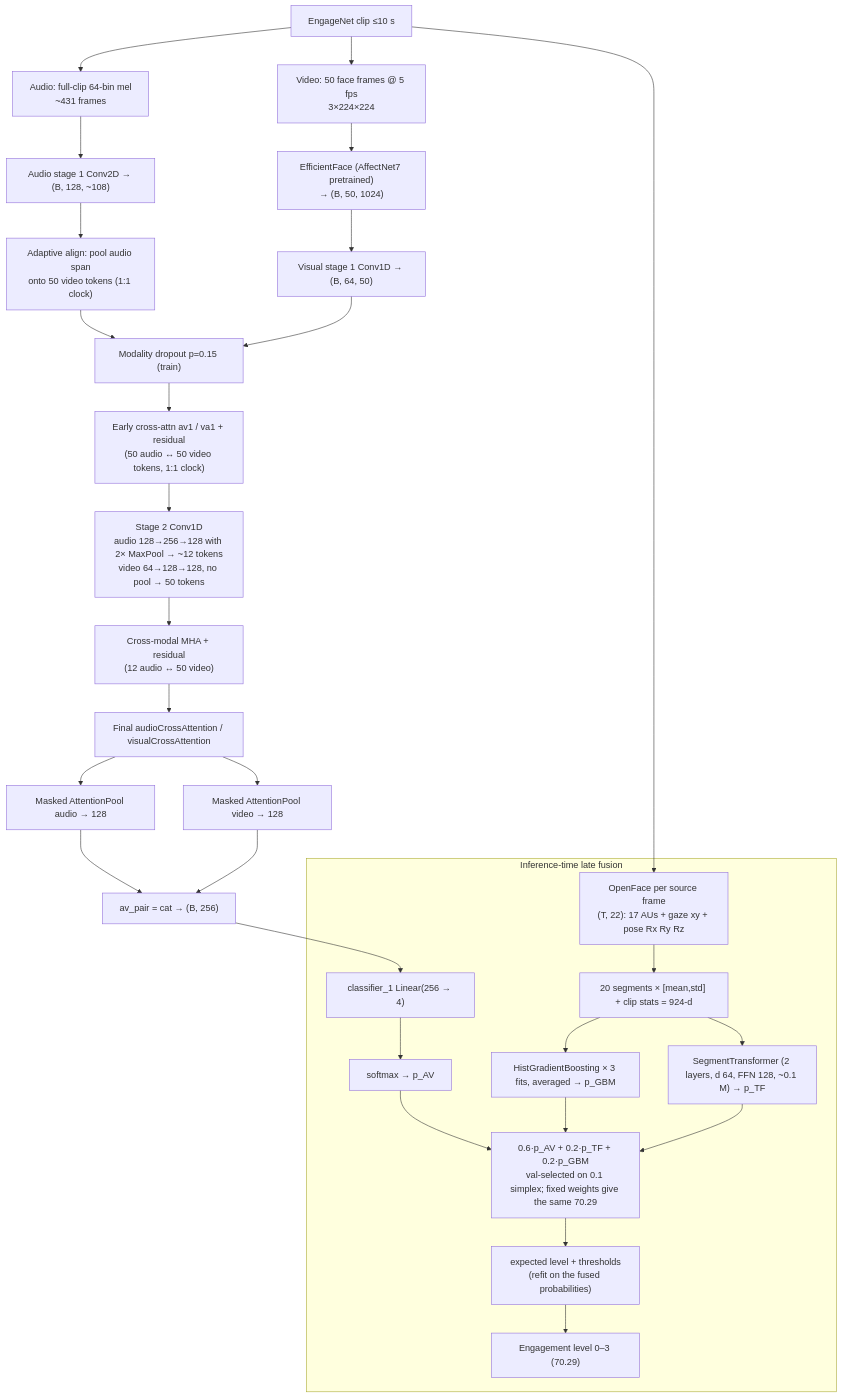
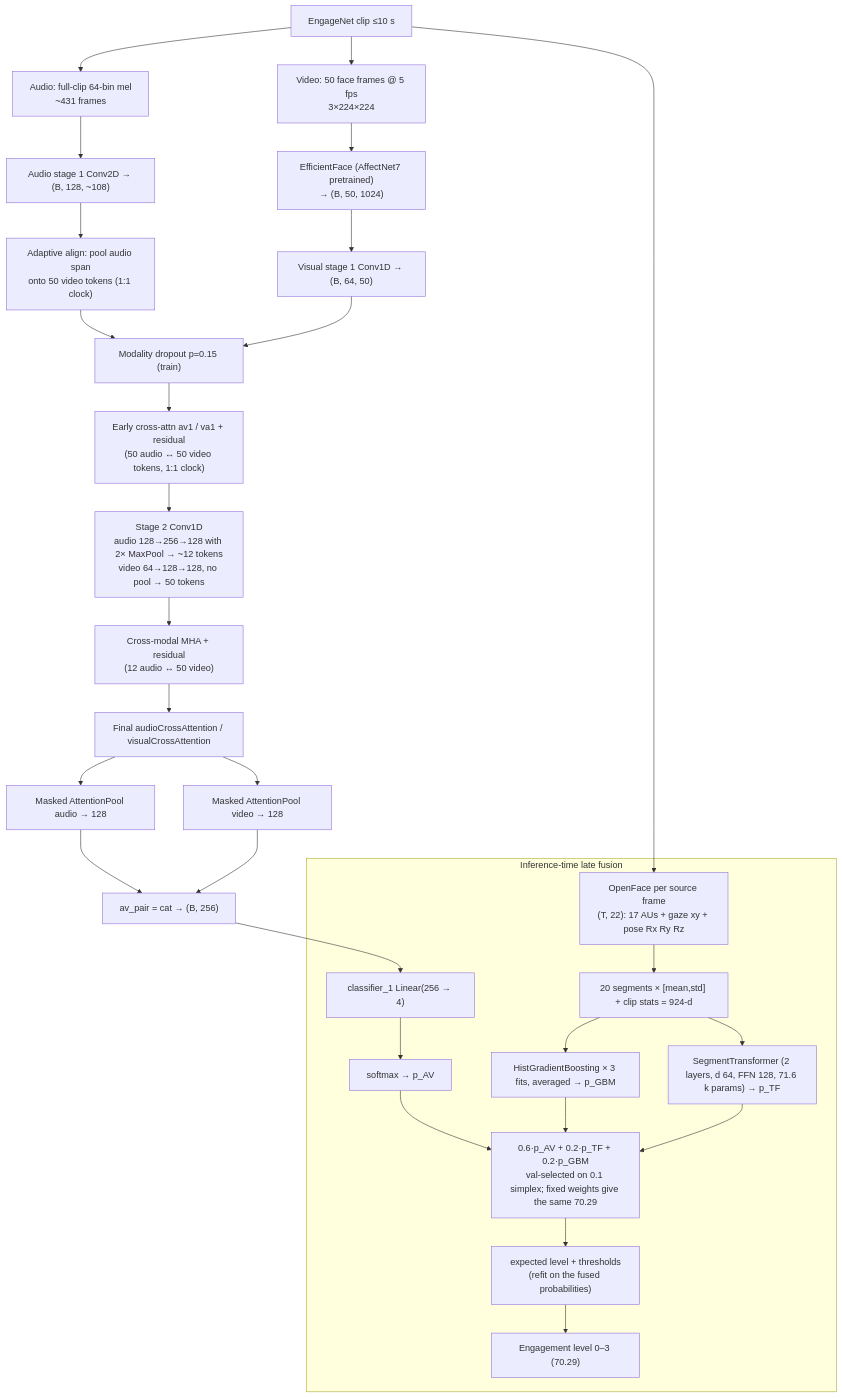
One commit to YuvrajGupta1808/AVTCA-Research changed the first of 3 diagrams in docs/architecture.md. Above: the diagram before and after it, drawn with Mermaid. The commit also changed other lines of this file and 12 other files, not shown here.

````diff
--- a/docs/architecture.md
+++ b/docs/architecture.md
@@ -47,35 +51,35 @@
 ```mermaid
 flowchart TD
     CLIP["EngageNet clip ≤10 s"] --> V["Video: 50 face frames @ 5 fps<br/>3×224×224"]
     CLIP --> A["Audio: full-clip 64-bin mel<br/>~431 frames"]
     CLIP --> OF["OpenFace per source frame<br/>(T, 22): 17 AUs + gaze xy + pose Rx Ry Rz"]
 
     V --> VF["EfficientFace (AffectNet7 pretrained)<br/>→ (B, 50, 1024)"]
     VF --> VS1["Visual stage 1 Conv1D → (B, 64, 50)"]
     A --> AS1["Audio stage 1 Conv2D → (B, 128, ~108)"]
     AS1 --> AL["Adaptive align: pool audio span<br/>onto 50 video tokens (1:1 clock)"]
 
     AL --> MD["Modality dropout p=0.15 (train)"]
     VS1 --> MD
     MD --> X1["Early cross-attn av1 / va1 + residual<br/>(50 audio ↔ 50 video tokens, 1:1 clock)"]
     X1 --> S2["Stage 2 Conv1D<br/>audio 128→256→128 with 2× MaxPool → ~12 tokens<br/>video 64→128→128, no pool → 50 tokens"]
     S2 --> X2["Cross-modal MHA + residual<br/>(12 audio ↔ 50 video)"]
     X2 --> X3["Final audioCrossAttention / visualCrossAttention"]
     X3 --> AP["Masked AttentionPool audio → 128"]
     X3 --> VP["Masked AttentionPool video → 128"]
     AP --> AV["av_pair = cat → (B, 256)"]
     VP --> AV
     AV --> CLS1["classifier_1 Linear(256 → 4)"]
 
     subgraph LATE["Inference-time late fusion"]
         OF --> SEG["20 segments × [mean,std] + clip stats = 924-d"]
         SEG --> GBM["HistGradientBoosting × 3 fits, averaged → p_GBM"]
-        SEG --> TF["SegmentTransformer (2 layers, d 64, FFN 128, ~0.1 M) → p_TF"]
+        SEG --> TF["SegmentTransformer (2 layers, d 64, FFN 128, 71.6 k params) → p_TF"]
         CLS1 --> PAV["softmax → p_AV"]
         PAV --> MIX["0.6·p_AV + 0.2·p_TF + 0.2·p_GBM<br/>val-selected on 0.1 simplex; fixed weights give the same 70.29"]
         GBM --> MIX
         TF --> MIX
         MIX --> DEC2["expected level + thresholds<br/>(refit on the fused probabilities)"]
         DEC2 --> OUT["Engagement level 0–3 (70.29)"]
     end
 ```
````
